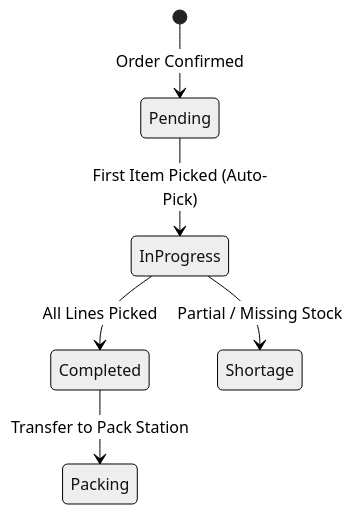
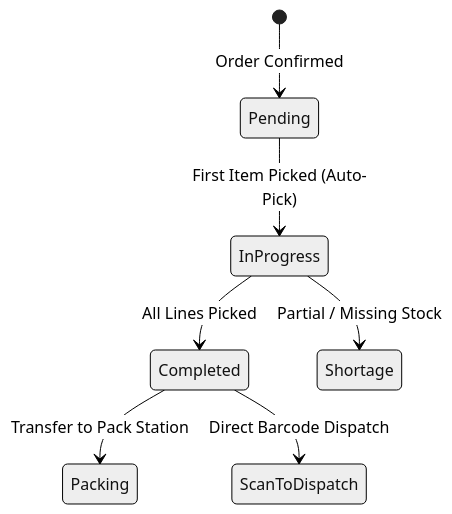
Before and after one commit to herobmdotcom/herobm: the diagram in docs/user/picking.md, drawn with Mermaid (neutral theme). The commit also changed other lines of this file and 84 other files, not shown here.

````diff
--- a/docs/user/picking.md
+++ b/docs/user/picking.md
@@ -39,8 +42,9 @@
 ```mermaid
 stateDiagram-v2
     [*] --> Pending : Order Confirmed
     Pending --> InProgress : First Item Picked (Auto-Pick)
     InProgress --> Completed : All Lines Picked
     InProgress --> Shortage : Partial / Missing Stock
     Completed --> Packing : Transfer to Pack Station
+    Completed --> ScanToDispatch : Direct Barcode Dispatch
 ```
````
